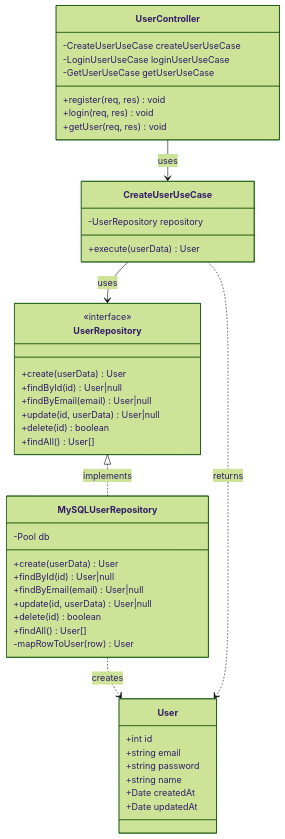
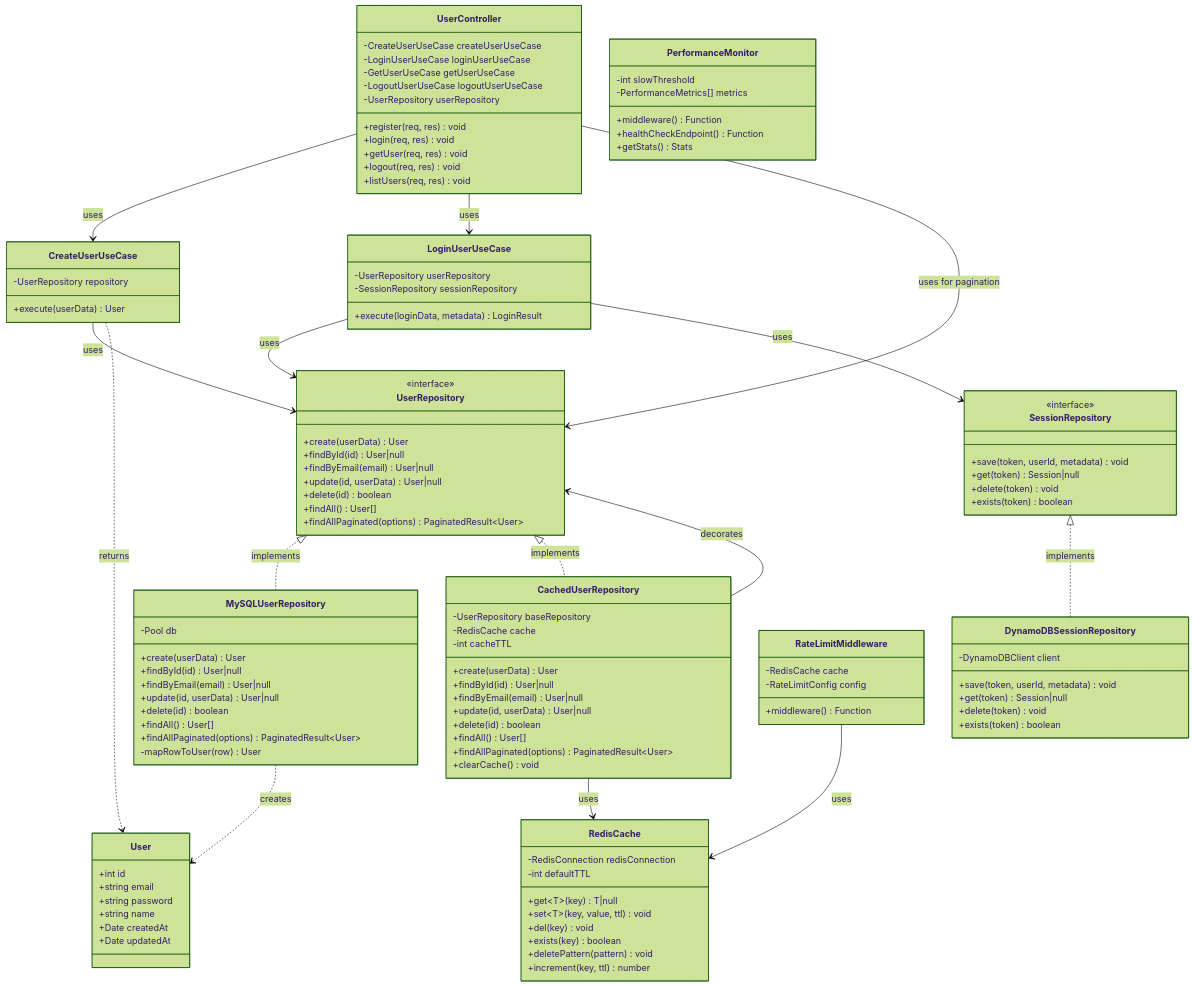
Before and after one commit to maximopeoficiales/node-ts-mysql-debug-template: diagram 15 of 15 in ARCHITECTURE.md, drawn with Mermaid (forest theme). The commit also changed other lines of this file and 19 other files, not shown here.

First line of the commit message:
feat: Implement rate limiting middleware with Redis caching

````diff
--- a/ARCHITECTURE.md
+++ b/ARCHITECTURE.md
@@ -533,6 +885,15 @@
         +update(id, userData) User|null
         +delete(id) boolean
         +findAll() User[]
+        +findAllPaginated(options) PaginatedResult~User~
+    }
+
+    class SessionRepository {
+        <<interface>>
+        +save(token, userId, metadata) void
+        +get(token) Session|null
+        +delete(token) void
+        +exists(token) boolean
     }
 
     class MySQLUserRepository {
@@ -543,7 +904,41 @@
         +update(id, userData) User|null
         +delete(id) boolean
         +findAll() User[]
+        +findAllPaginated(options) PaginatedResult~User~
         -mapRowToUser(row) User
+    }
+
+    class CachedUserRepository {
+        -UserRepository baseRepository
+        -RedisCache cache
+        -int cacheTTL
+        +create(userData) User
+        +findById(id) User|null
+        +findByEmail(email) User|null
+        +update(id, userData) User|null
+        +delete(id) boolean
+        +findAll() User[]
+        +findAllPaginated(options) PaginatedResult~User~
+        +clearCache() void
+    }
+
+    class DynamoDBSessionRepository {
+        -DynamoDBClient client
+        +save(token, userId, metadata) void
+        +get(token) Session|null
+        +delete(token) void
+        +exists(token) boolean
+    }
+
+    class RedisCache {
+        -RedisConnection redisConnection
+        -int defaultTTL
+        +get~T~(key) T|null
+        +set~T~(key, value, ttl) void
+        +del(key) void
+        +exists(key) boolean
+        +deletePattern(pattern) void
+        +increment(key, ttl) number
     }
 
     class CreateUserUseCase {
@@ -551,18 +946,55 @@
         +execute(userData) User
     }
 
+    class LoginUserUseCase {
+        -UserRepository userRepository
+        -SessionRepository sessionRepository
+        +execute(loginData, metadata) LoginResult
+    }
+
     class UserController {
         -CreateUserUseCase createUserUseCase
         -LoginUserUseCase loginUserUseCase
         -GetUserUseCase getUserUseCase
+        -LogoutUserUseCase logoutUserUseCase
+        -UserRepository userRepository
         +register(req, res) void
         +login(req, res) void
         +getUser(req, res) void
+        +logout(req, res) void
+        +listUsers(req, res) void
+    }
+
+    class RateLimitMiddleware {
+        -RedisCache cache
+        -RateLimitConfig config
+        +middleware() Function
+    }
+
+    class PerformanceMonitor {
+        -int slowThreshold
+        -PerformanceMetrics[] metrics
+        +middleware() Function
+        +healthCheckEndpoint() Function
+        +getStats() Stats
     }
 
     UserRepository <|.. MySQLUserRepository : implements
+    UserRepository <|.. CachedUserRepository : implements
+    SessionRepository <|.. DynamoDBSessionRepository : implements
+
+    CachedUserRepository --> UserRepository : decorates
+    CachedUserRepository --> RedisCache : uses
+    RateLimitMiddleware --> RedisCache : uses
+
     CreateUserUseCase --> UserRepository : uses
+    LoginUserUseCase --> UserRepository : uses
+    LoginUserUseCase --> SessionRepository : uses
+
     UserController --> CreateUserUseCase : uses
+    UserController --> LoginUserUseCase : uses
+    UserController --> UserRepository : uses for pagination
+
     MySQLUserRepository ..> User : creates
     CreateUserUseCase ..> User : returns
 ```
````
